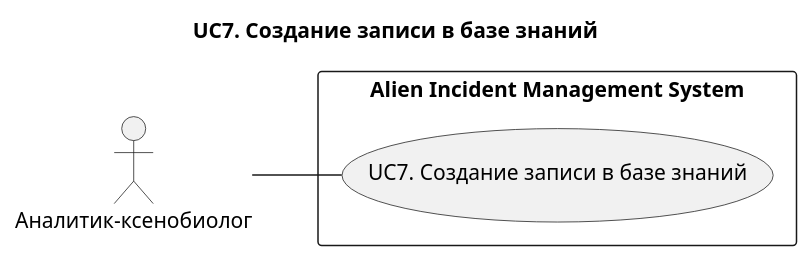
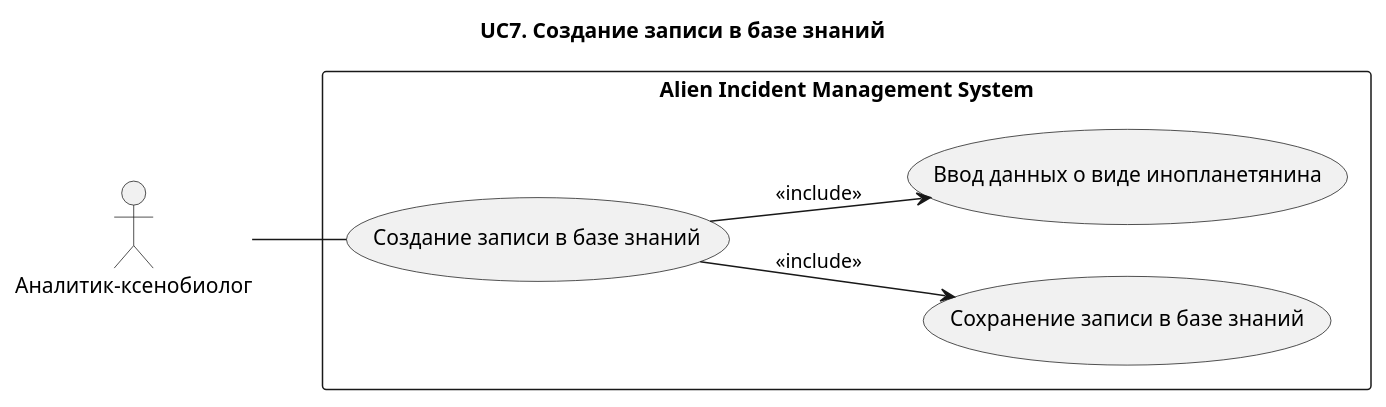
The diagram in docs/use-case/UC7.md (Andryss/AIMS), drawn with PlantUML before and after one commit. The commit also changed other lines of this file and 23 other files, not shown here.

Commit message:
docs: refine use-case diagrams and centralize rendering commands

````diff
--- a/docs/use-case/UC7.md
+++ b/docs/use-case/UC7.md
@@ -3,15 +5,23 @@
 ```plantuml
 @startuml
 title UC7. Создание записи в базе знаний
 left to right direction
 
 actor "Аналитик-ксенобиолог" as Analyst
 
 rectangle "Alien Incident Management System" {
-  usecase "UC7. Создание записи в базе знаний" as UC7
+
+(Создание записи в базе знаний) as UC11
+
+(Сохранение записи в базе знаний) as UC114
+(Ввод данных о виде инопланетянина) as UC111
+
 }
 
-Analyst -- UC7
+Analyst -- UC11
+
+UC11 --> UC111 : <<include>>
+UC11 --> UC114 : <<include>>
 
 @enduml
 ```
````
